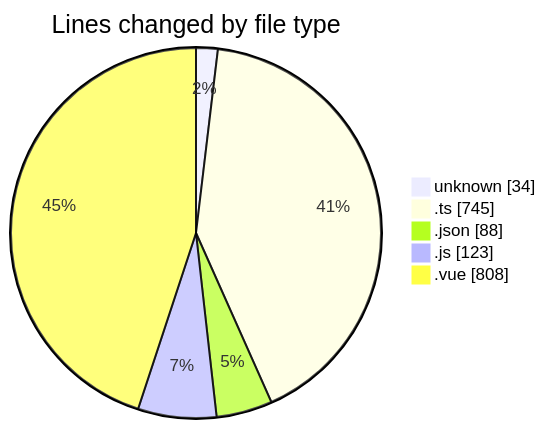
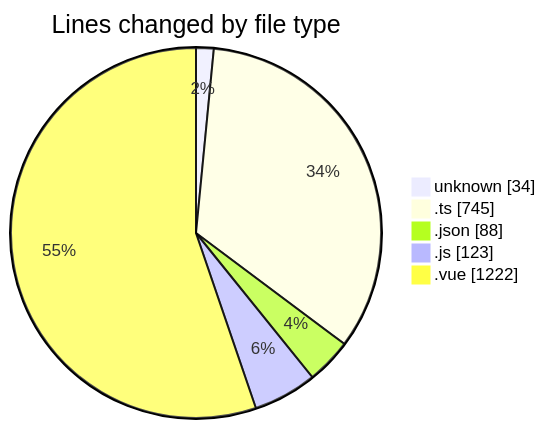
The first of 2 diagrams in 2025-07-13/rentotp/README.md (lephambinh05/code-tracking), drawn with Mermaid before and after one commit. The commit also changed other lines of this file and 1 other file, not shown here.

````diff
--- a/2025-07-13/rentotp/README.md
+++ b/2025-07-13/rentotp/README.md
@@ -42,9 +44,9 @@
 ```mermaid
 pie showData
 title Lines changed by file type
 "unknown" : 34
 ".ts" : 745
 ".json" : 88
 ".js" : 123
-".vue" : 808
+".vue" : 1222
 ```
````
